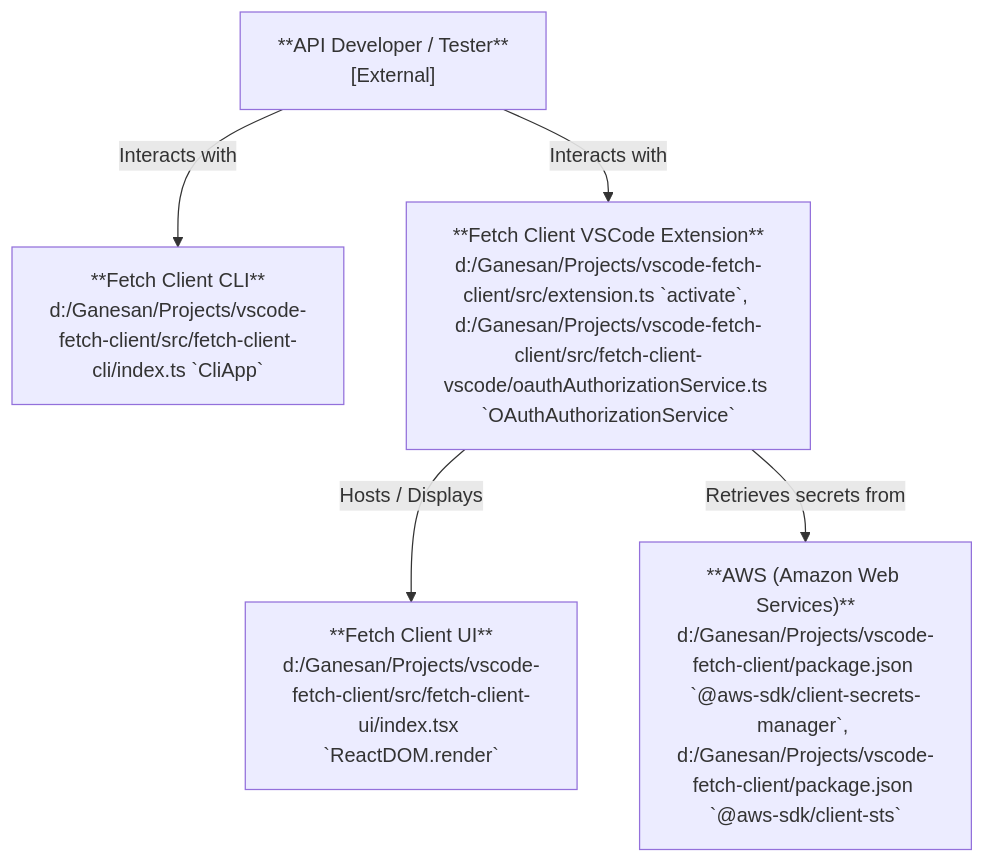
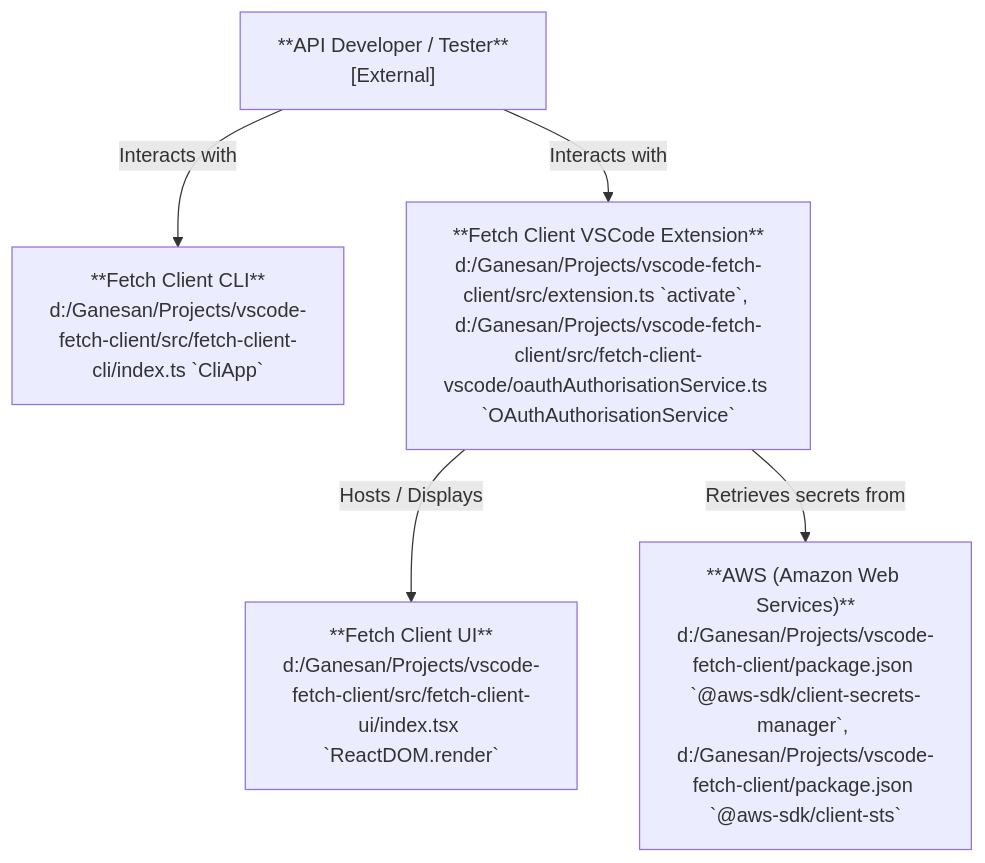
One commit to Ganesan-Chandran/vscode-fetch-client changed the first of 3 diagrams in docs/architecture/code-viz-diagram.md. Above: the diagram before and after it, drawn with Mermaid. The commit also changed other lines of this file and 15 other files, not shown here.

````diff
--- a/docs/architecture/code-viz-diagram.md
+++ b/docs/architecture/code-viz-diagram.md
@@ -5,15 +5,15 @@
 ```mermaid
 graph TD
 
     base.cv::cli["**Fetch Client CLI**<br>d:/Ganesan/Projects/vscode-fetch-client/src/fetch-client-cli/index.ts `CliApp`"]
     base.cv::ui["**Fetch Client UI**<br>d:/Ganesan/Projects/vscode-fetch-client/src/fetch-client-ui/index.tsx `ReactDOM.render`"]
-    base.cv::vscode["**Fetch Client VSCode Extension**<br>d:/Ganesan/Projects/vscode-fetch-client/src/extension.ts `activate`, d:/Ganesan/Projects/vscode-fetch-client/src/fetch-client-vscode/oauthAuthorizationService.ts `OAuthAuthorizationService`"]
+    base.cv::vscode["**Fetch Client VSCode Extension**<br>d:/Ganesan/Projects/vscode-fetch-client/src/extension.ts `activate`, d:/Ganesan/Projects/vscode-fetch-client/src/fetch-client-vscode/oauthAuthorisationService.ts `OAuthAuthorisationService`"]
     base.cv::aws["**AWS (Amazon Web Services)**<br>d:/Ganesan/Projects/vscode-fetch-client/package.json `@aws-sdk/client-secrets-manager`, d:/Ganesan/Projects/vscode-fetch-client/package.json `@aws-sdk/client-sts`"]
     base.cv::user["**API Developer / Tester**<br>[External]"]
     %% Edges at this level (grouped by source)
     base.cv::user["**API Developer / Tester**<br>[External]"] -->|"Interacts with"| base.cv::cli["**Fetch Client CLI**<br>d:/Ganesan/Projects/vscode-fetch-client/src/fetch-client-cli/index.ts `CliApp`"]
-    base.cv::user["**API Developer / Tester**<br>[External]"] -->|"Interacts with"| base.cv::vscode["**Fetch Client VSCode Extension**<br>d:/Ganesan/Projects/vscode-fetch-client/src/extension.ts `activate`, d:/Ganesan/Projects/vscode-fetch-client/src/fetch-client-vscode/oauthAuthorizationService.ts `OAuthAuthorizationService`"]
-    base.cv::vscode["**Fetch Client VSCode Extension**<br>d:/Ganesan/Projects/vscode-fetch-client/src/extension.ts `activate`, d:/Ganesan/Projects/vscode-fetch-client/src/fetch-client-vscode/oauthAuthorizationService.ts `OAuthAuthorizationService`"] -->|"Hosts / Displays"| base.cv::ui["**Fetch Client UI**<br>d:/Ganesan/Projects/vscode-fetch-client/src/fetch-client-ui/index.tsx `ReactDOM.render`"]
-    base.cv::vscode["**Fetch Client VSCode Extension**<br>d:/Ganesan/Projects/vscode-fetch-client/src/extension.ts `activate`, d:/Ganesan/Projects/vscode-fetch-client/src/fetch-client-vscode/oauthAuthorizationService.ts `OAuthAuthorizationService`"] -->|"Retrieves secrets from"| base.cv::aws["**AWS (Amazon Web Services)**<br>d:/Ganesan/Projects/vscode-fetch-client/package.json `@aws-sdk/client-secrets-manager`, d:/Ganesan/Projects/vscode-fetch-client/package.json `@aws-sdk/client-sts`"]
+    base.cv::user["**API Developer / Tester**<br>[External]"] -->|"Interacts with"| base.cv::vscode["**Fetch Client VSCode Extension**<br>d:/Ganesan/Projects/vscode-fetch-client/src/extension.ts `activate`, d:/Ganesan/Projects/vscode-fetch-client/src/fetch-client-vscode/oauthAuthorisationService.ts `OAuthAuthorisationService`"]
+    base.cv::vscode["**Fetch Client VSCode Extension**<br>d:/Ganesan/Projects/vscode-fetch-client/src/extension.ts `activate`, d:/Ganesan/Projects/vscode-fetch-client/src/fetch-client-vscode/oauthAuthorisationService.ts `OAuthAuthorisationService`"] -->|"Hosts / Displays"| base.cv::ui["**Fetch Client UI**<br>d:/Ganesan/Projects/vscode-fetch-client/src/fetch-client-ui/index.tsx `ReactDOM.render`"]
+    base.cv::vscode["**Fetch Client VSCode Extension**<br>d:/Ganesan/Projects/vscode-fetch-client/src/extension.ts `activate`, d:/Ganesan/Projects/vscode-fetch-client/src/fetch-client-vscode/oauthAuthorisationService.ts `OAuthAuthorisationService`"] -->|"Retrieves secrets from"| base.cv::aws["**AWS (Amazon Web Services)**<br>d:/Ganesan/Projects/vscode-fetch-client/package.json `@aws-sdk/client-secrets-manager`, d:/Ganesan/Projects/vscode-fetch-client/package.json `@aws-sdk/client-sts`"]
 
 ```
````
